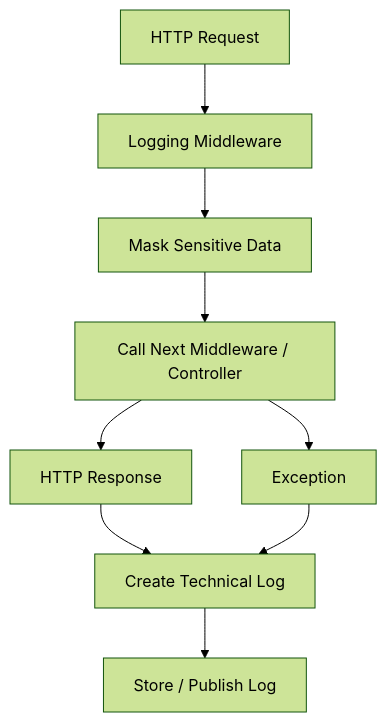
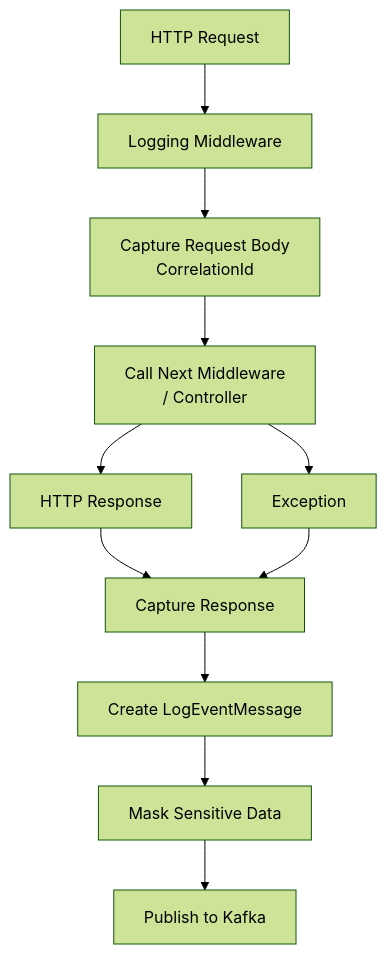
One commit to Mikeyy0211/skysim-logger-lab changed the fourth of 4 diagrams in docs/01-skysim-architecture.md. Above: the diagram before and after it, drawn with Mermaid (forest theme). The commit also changed other lines of this file and 57 other files, not shown here.

````diff
--- a/docs/01-skysim-architecture.md
+++ b/docs/01-skysim-architecture.md
@@ -327,15 +338,17 @@
 ```mermaid
 flowchart TB
-    REQ[HTTP Request] --> MIDDLEWARE[Logging Middleware]
-
-    MIDDLEWARE --> MASK[Mask Sensitive Data]
-    MASK --> NEXT[Call Next Middleware / Controller]
-
-    NEXT --> RESPONSE[HTTP Response]
-    NEXT --> EXCEPTION[Exception]
-
-    RESPONSE --> LOG[Create Technical Log]
-    EXCEPTION --> LOG
-
-    LOG --> STORE[Store / Publish Log]
+    REQ[HTTP Request] --> MID[Logging Middleware]
+    
+    MID --> CAPTURE_REQ[Capture Request Body<br/>CorrelationId]
+    CAPTURE_REQ --> NEXT[Call Next Middleware<br/>/ Controller]
+    
+    NEXT --> RESP[HTTP Response]
+    NEXT --> EXC[Exception]
+    
+    RESP --> CAPTURE_RESP[Capture Response]
+    EXC --> CAPTURE_RESP
+    
+    CAPTURE_RESP --> BUILD[Create LogEventMessage]
+    BUILD --> MASK[Mask Sensitive Data]
+    MASK --> PUBLISH[Publish to Kafka]
 ```
````
